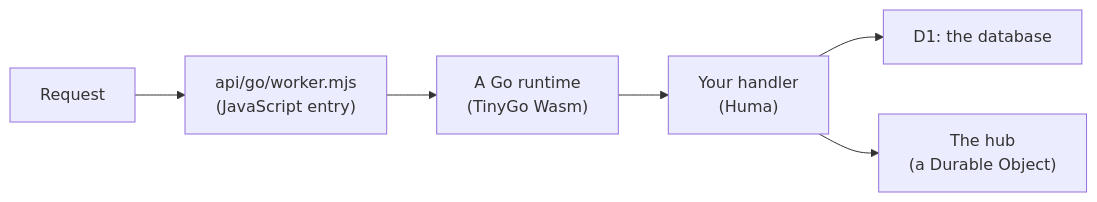
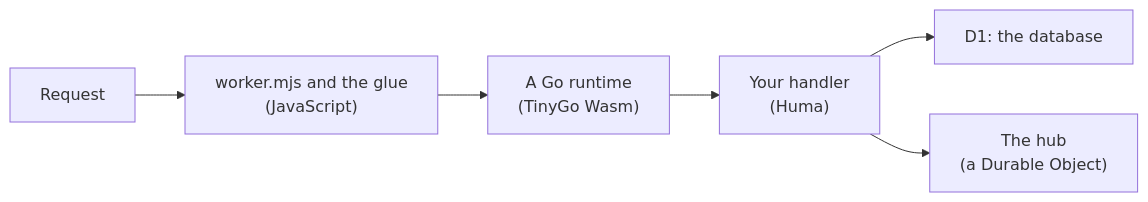
The diagram in docs/concepts/workers-go.md (joeblew999/charter), drawn with Mermaid before and after one commit. The commit also changed other lines of this file and 2 other files, not shown here.

````diff
--- a/docs/concepts/workers-go.md
+++ b/docs/concepts/workers-go.md
@@ -15,8 +22,8 @@
 ```mermaid
 flowchart LR
-    R["Request"] --> J["api/go/worker.mjs<br/>(JavaScript entry)"]
+    R["Request"] --> J["worker.mjs and the glue<br/>(JavaScript)"]
     J --> G["A Go runtime<br/>(TinyGo Wasm)"]
     G --> H["Your handler<br/>(Huma)"]
     H --> D["D1: the database"]
     H --> U["The hub<br/>(a Durable Object)"]
 ```
````
